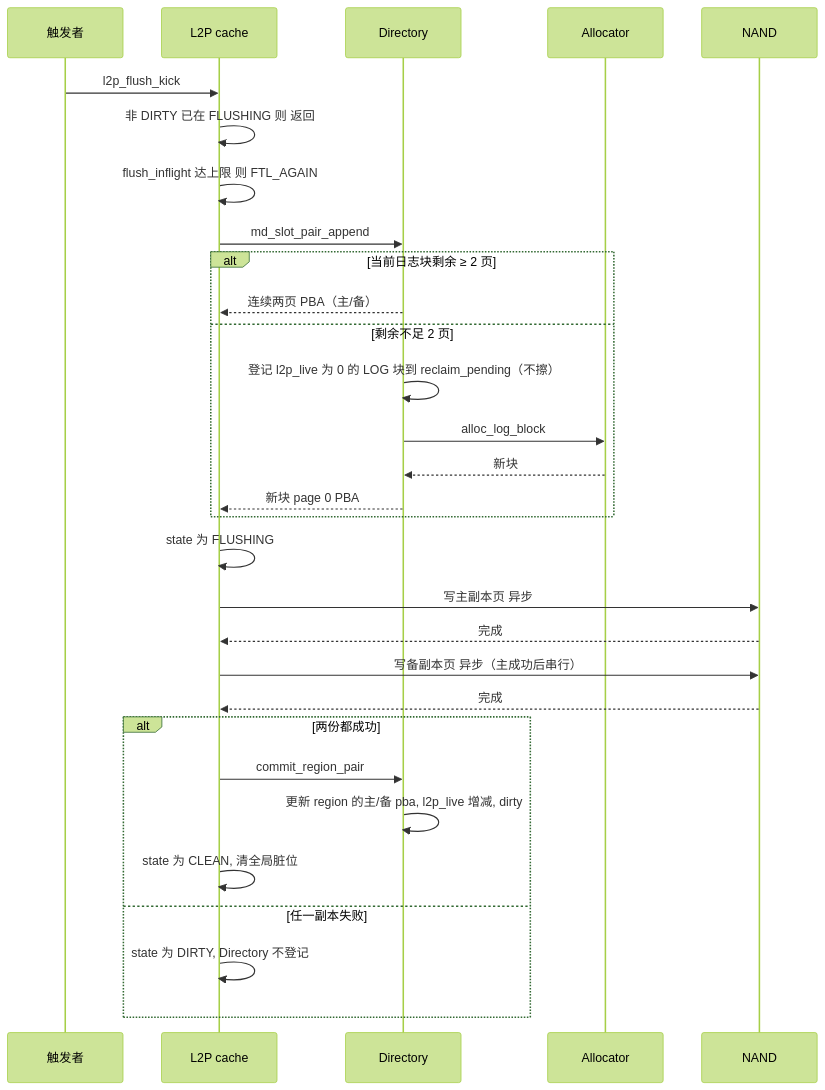
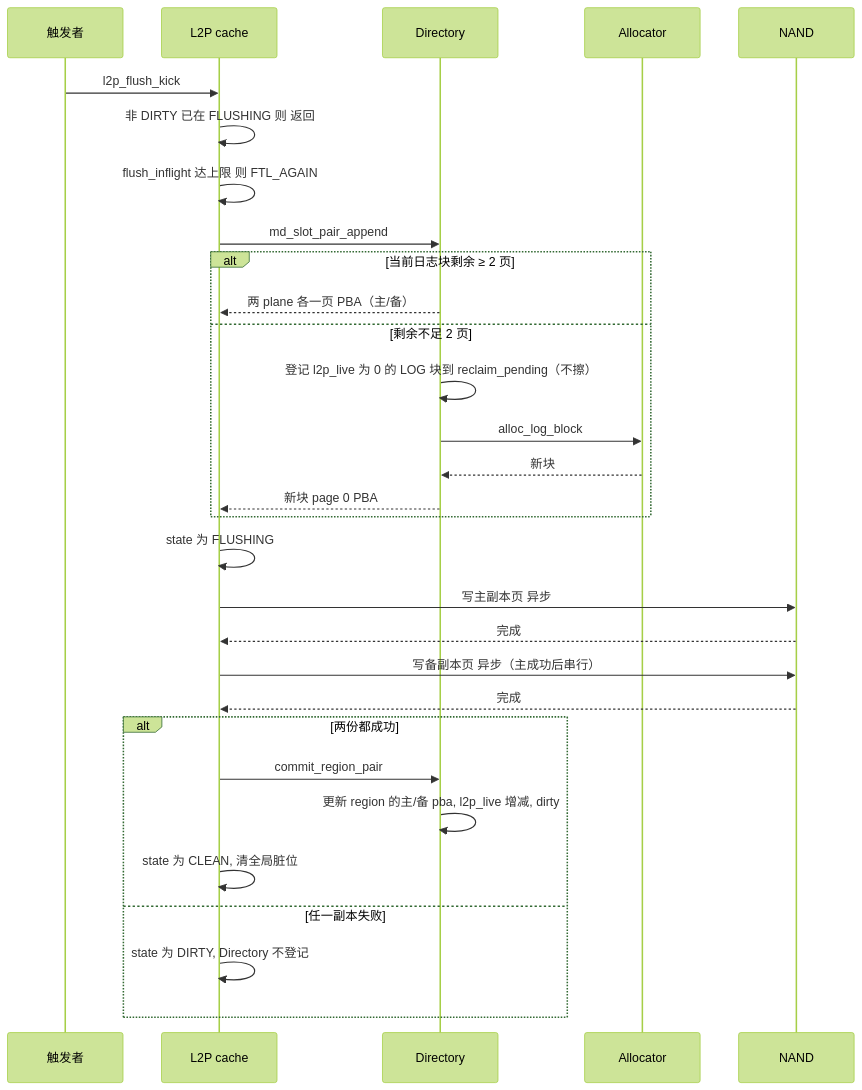
One commit to YzYMIAO/BASESSD changed diagram 30 of 34 in docs/design/ftl_design.md. Above: the diagram before and after it, drawn with Mermaid (forest theme). The commit also changed other lines of this file and 52 other files, not shown here.

````diff
--- a/docs/design/ftl_design.md
+++ b/docs/design/ftl_design.md
@@ -4380,33 +4455,33 @@
 ```mermaid
 sequenceDiagram
     participant S as 触发者
     participant C as L2P cache
     participant D as Directory
     participant A as Allocator
     participant N as NAND
 
     S->>C: l2p_flush_kick
     C->>C: 非 DIRTY 已在 FLUSHING 则 返回
     C->>C: flush_inflight 达上限 则 FTL_AGAIN
     C->>D: md_slot_pair_append
     alt 当前日志块剩余 ≥ 2 页
-        D-->>C: 连续两页 PBA（主/备）
+        D-->>C: 两 plane 各一页 PBA（主/备）
     else 剩余不足 2 页
         D->>D: 登记 l2p_live 为 0 的 LOG 块到 reclaim_pending（不擦）
         D->>A: alloc_log_block
         A-->>D: 新块
         D-->>C: 新块 page 0 PBA
     end
     C->>C: state 为 FLUSHING
     C->>N: 写主副本页 异步
     N-->>C: 完成
     C->>N: 写备副本页 异步（主成功后串行）
     N-->>C: 完成
     alt 两份都成功
         C->>D: commit_region_pair
         D->>D: 更新 region 的主/备 pba, l2p_live 增减, dirty
         C->>C: state 为 CLEAN, 清全局脏位
     else 任一副本失败
         C->>C: state 为 DIRTY, Directory 不登记
     end
 ```
````
